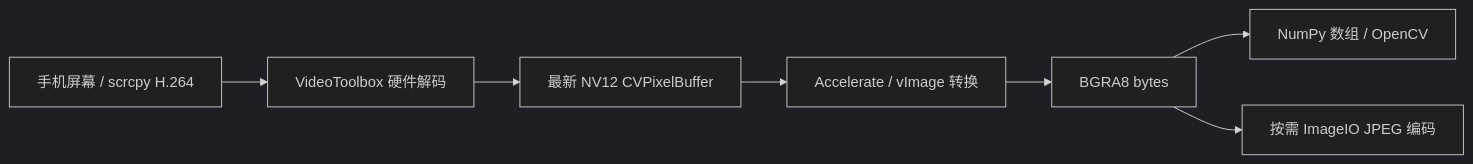
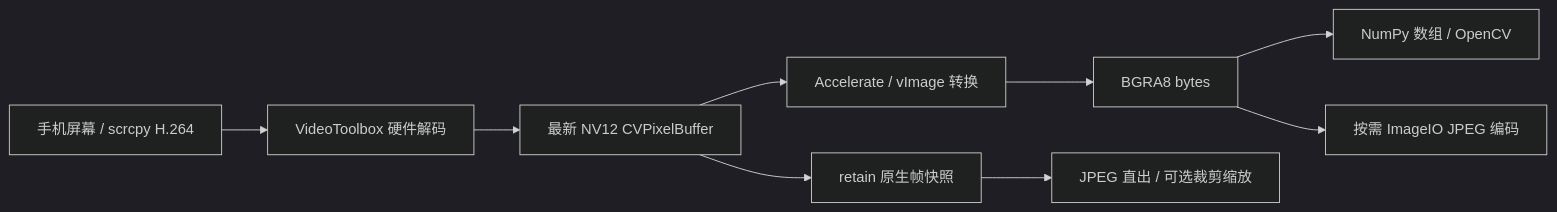
Before and after one commit to czf0613/adb_scr_py: the first of 2 diagrams in docs/control-flow.md, drawn with Mermaid (dark theme). The commit also changed other lines of this file and 18 other files, not shown here.

Commit message:
feat: 截图接口支持原生 JPEG 编码与裁剪缩放

````diff
--- a/docs/control-flow.md
+++ b/docs/control-flow.md
@@ -11,9 +11,11 @@
 ```mermaid
 flowchart LR
     Phone[手机屏幕 / scrcpy H.264] --> VTB[VideoToolbox 硬件解码]
     VTB --> NV12[最新 NV12 CVPixelBuffer]
     NV12 --> Convert[Accelerate / vImage 转换]
     Convert --> BGRA[BGRA8 bytes]
     BGRA --> Matrix[NumPy 数组 / OpenCV]
     BGRA --> JPEG[按需 ImageIO JPEG 编码]
+    NV12 --> Snapshot[retain 原生帧快照]
+    Snapshot --> Direct[JPEG 直出 / 可选裁剪缩放]
 ```
````
